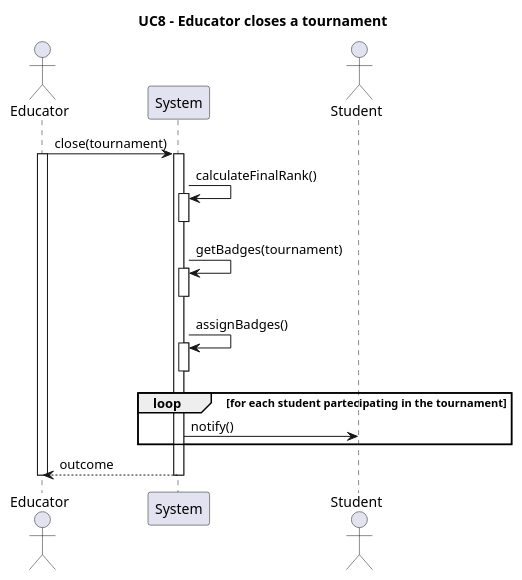
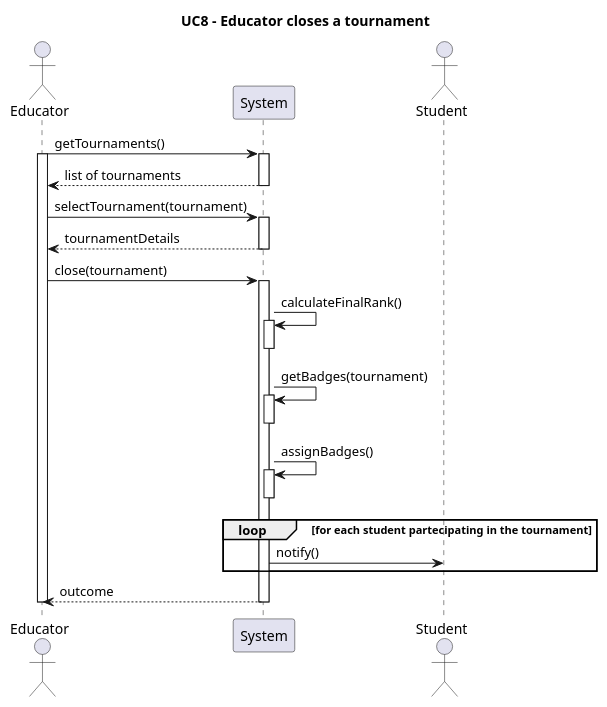
One commit to Furrrlo/CodeKataBattle changed the diagram in rasd/puml/UC8.puml. Above: the diagram before and after it, drawn with PlantUML. The commit also changed 7 other files, not shown here.

Commit message:
Fixed Entry and Flow for each Use Case wrt specs

```diff
--- a/rasd/puml/UC8.puml
+++ b/rasd/puml/UC8.puml
@@ -1,27 +1,37 @@
 @startuml UC8
 title UC8 - Educator closes a tournament   
 actor Educator
 participant System
 actor Student
 
+
+Educator -> System ++: getTournaments()
+activate Educator
+System --> Educator--: list of tournaments
+
+
+
+Educator -> System ++ : selectTournament(tournament)
+Educator <-- System -- : tournamentDetails
+
 Educator -> System ++ : close(tournament)
-activate Educator
+
 
 System -> System ++ : calculateFinalRank()
 deactivate System
 
 System -> System ++ : getBadges(tournament)
 deactivate System
 
 System -> System ++ : assignBadges()
 deactivate System
 
 loop for each student partecipating in the tournament
     System -> Student : notify()
 
 end
 
 
 System --> Educator --: outcome
 deactivate Educator
 @enduml
```
